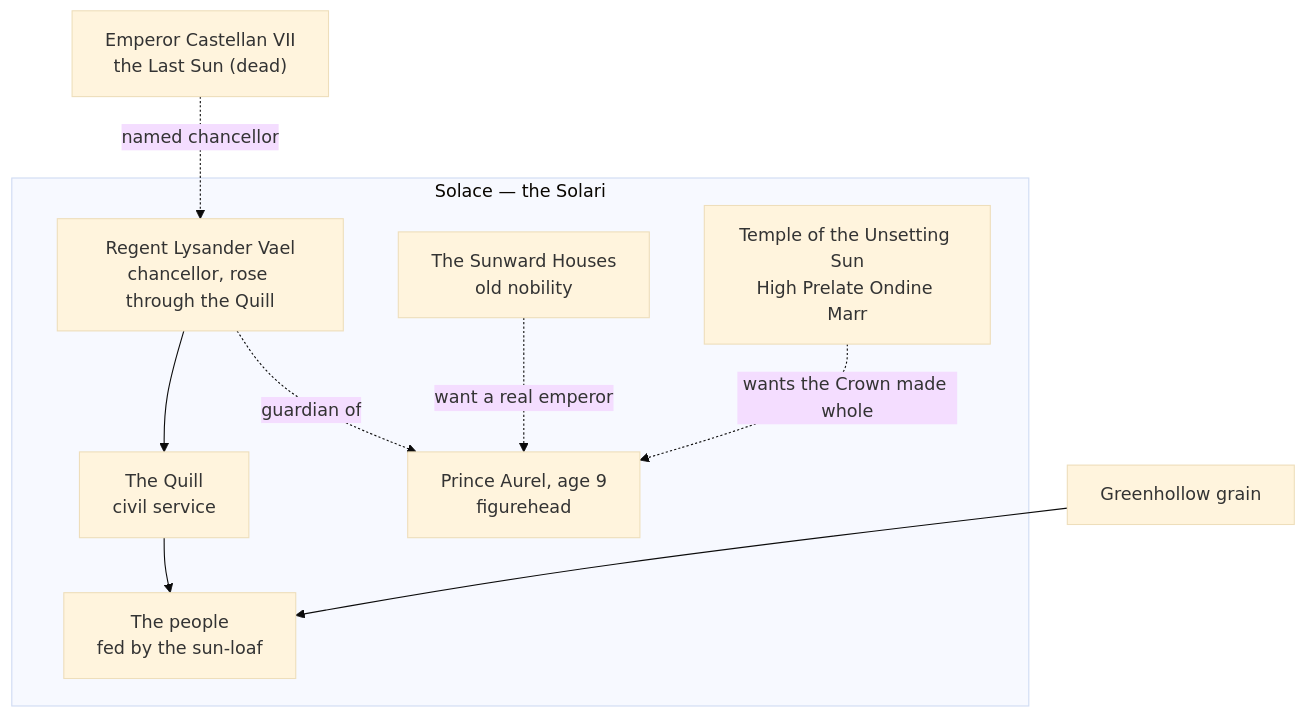
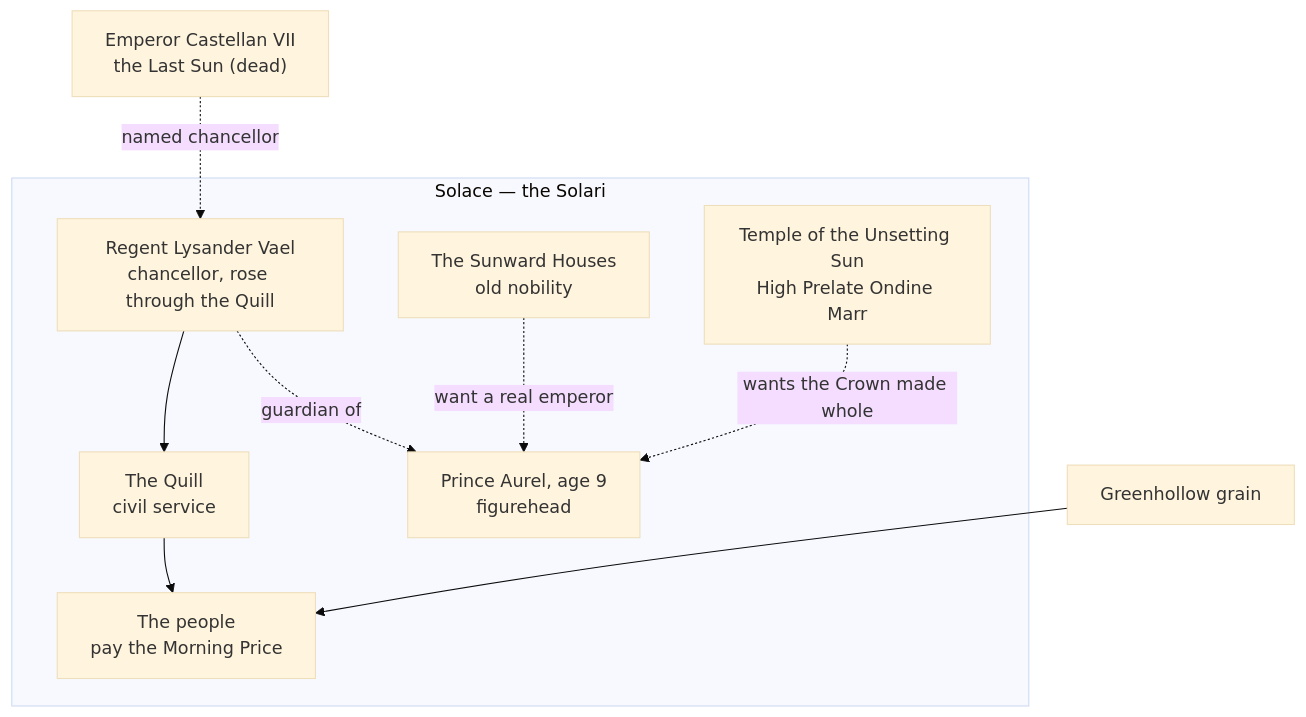
The diagram in world/factions/regency.md (bniem-ops/calderra), drawn with Mermaid (base theme) before and after one commit. The commit also changed other lines of this file and 3 other files, not shown here.

First line of the commit message:
World: replace the sun-loaf with the Regency's Granaries

````diff
--- a/world/factions/regency.md
+++ b/world/factions/regency.md
@@ -29,19 +30,19 @@
 ```mermaid
 flowchart TD
     E["Emperor Castellan VII<br/>the Last Sun (dead)"]
     subgraph S["Solace — the Solari"]
         L["Regent Lysander Vael<br/>chancellor, rose through the Quill"]
         A["Prince Aurel, age 9<br/>figurehead"]
         Q["The Quill<br/>civil service"]
         SH["The Sunward Houses<br/>old nobility"]
         T["Temple of the Unsetting Sun<br/>High Prelate Ondine Marr"]
-        P["The people<br/>fed by the sun-loaf"]
+        P["The people<br/>pay the Morning Price"]
         L --> Q
         L -.-> |guardian of| A
         SH -.-> |want a real emperor| A
         T -.-> |wants the Crown made whole| A
         Q --> P
     end
     E -.-> |named chancellor| L
     GH["Greenhollow grain"] --> P
 ```
````
